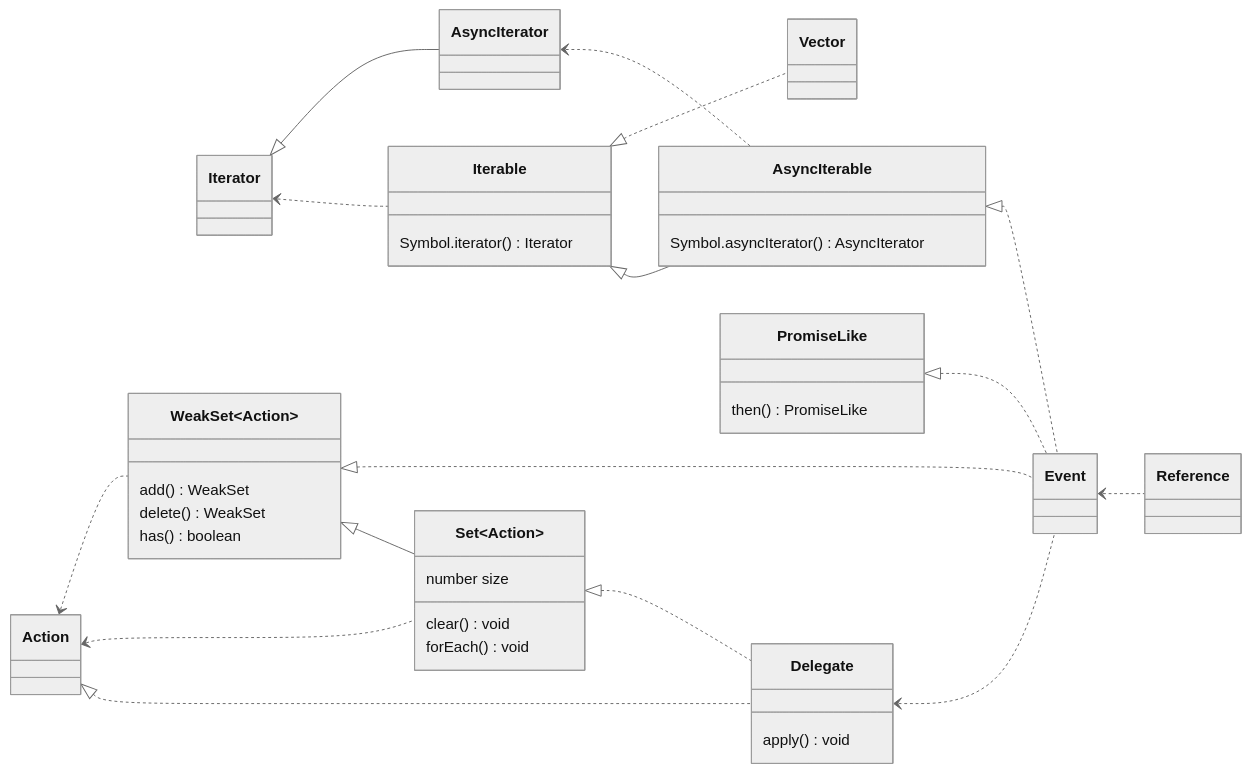
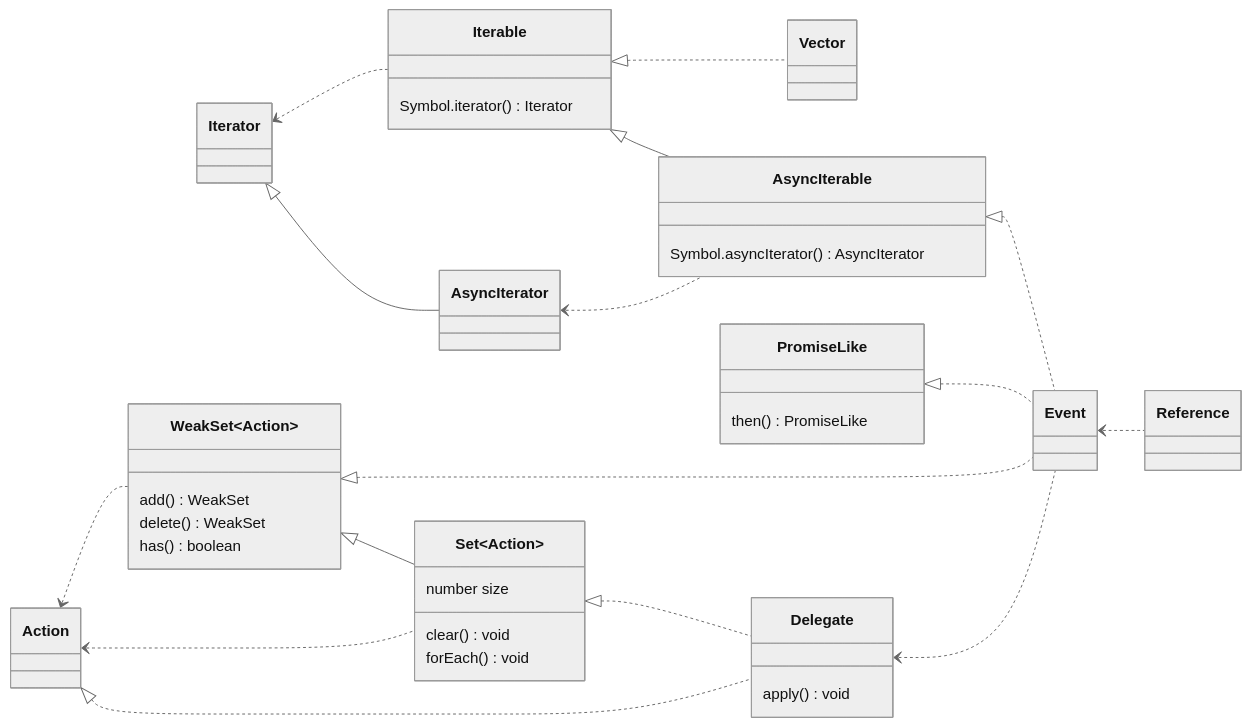
One commit to domrally/peekeasy changed the fourth of 4 diagrams in README.md. Above: the diagram before and after it, drawn with Mermaid (neutral theme). The commit also changed other lines of this file, not shown here.

````diff
--- a/README.md
+++ b/README.md
@@ -204,46 +209,46 @@
 ```mermaid
 classDiagram
     direction LR
     Iterable <|.. Vector
+    Iterator <.. Iterable
     Iterable <|-- AsyncIterable
     Iterator <|-- AsyncIterator
-    Iterator <.. Iterable
     AsyncIterator <.. AsyncIterable
     AsyncIterable <|.. Event
     PromiseLike <|.. Event
     WeakSet~Action~ <|.. Event
     Action <.. WeakSet~Action~
     Action <.. Set~Action~
     Action <|.. Delegate
     Set~Action~ <|.. Delegate
     Delegate <.. Event
     Event <.. Reference
     WeakSet~Action~ <|-- Set~Action~
     class AsyncIterable {
         Symbol.asyncIterator() AsyncIterator
     }
     class Iterable {
         Symbol.iterator() Iterator
     }
     class PromiseLike {
         then() PromiseLike
     }
     class WeakSet {
         add() WeakSet
         delete() WeakSet
         has() boolean
     }
     class Set {
         number size
         clear() void
         forEach() void
     }
     class Delegate {
         apply() void
     }
     link Delegate "https://github.com/domrally/peekeasy/blob/main/src/delegate.ts" "delegate.ts"
     class Event
     link Event "https://github.com/domrally/peekeasy/blob/main/src/event.ts" "event.ts"
     class Vector
     link Vector "https://github.com/domrally/peekeasy/blob/main/src/vector.ts" "vector.ts"
 ```
````
